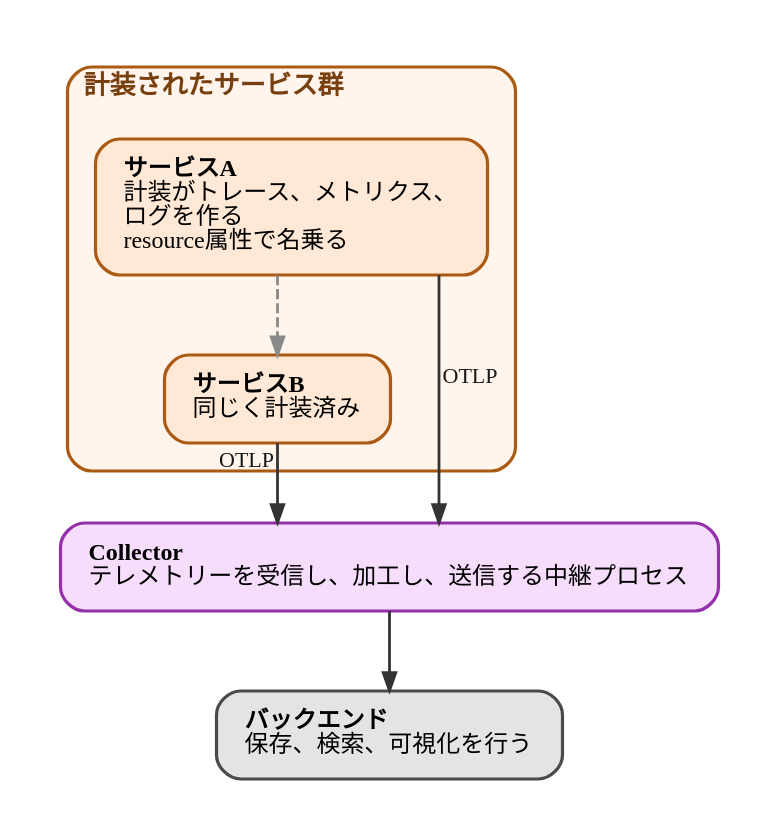
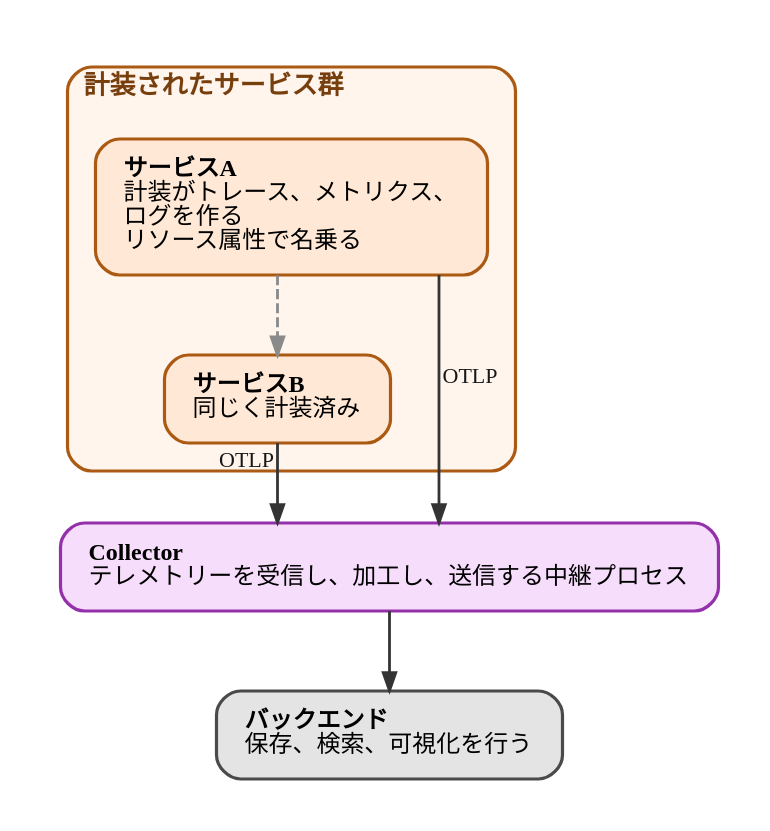
Before and after one commit to ymotongpoo/zenn.dev: the diagram in diagrams/observability-platform-with-otel/20260926-minimal-otel.dot, drawn with Graphviz. The commit also changed 27 other files, not shown here.

```diff
--- a/diagrams/observability-platform-with-otel/20260926-minimal-otel.dot
+++ b/diagrams/observability-platform-with-otel/20260926-minimal-otel.dot
@@ -1,39 +1,39 @@
 // OpenTelemetryの最小構成
 digraph minimal_otel {
   graph [
     fontname="IBM Plex Sans JP", fontsize=13,
     rankdir=TB, compound=true, splines=ortho,
     nodesep=0.5, ranksep=0.55, pad=0.25,
     bgcolor="white", newrank=true
   ];
   node [
     fontname="IBM Plex Sans JP", fontsize=12,
     shape=box, style="rounded,filled",
     fillcolor="#E4E4E4", color="#4A4A4A", penwidth=1.6,
     margin="0.2,0.14"
   ];
   edge [
     fontname="IBM Plex Sans JP", fontsize=11,
     color="#343434", penwidth=1.4, arrowsize=0.9,
     fontcolor="#171717"
   ];
 
   subgraph cluster_apps {
     label=<<b>計装されたサービス群</b>>;
     labeljust="l"; style="rounded"; penwidth=1.6;
     color="#AB5A13"; bgcolor="#FFF5ED"; fontcolor="#783F0E"; margin=14;
-    svcA [label=<<b>サービスA</b><br align="left"/>計装がトレース、メトリクス、<br align="left"/>ログを作る<br align="left"/>resource属性で名乗る<br align="left"/>>, fillcolor="#FFE9D6", color="#AB5A13"];
+    svcA [label=<<b>サービスA</b><br align="left"/>計装がトレース、メトリクス、<br align="left"/>ログを作る<br align="left"/>リソース属性で名乗る<br align="left"/>>, fillcolor="#FFE9D6", color="#AB5A13"];
     svcB [label=<<b>サービスB</b><br align="left"/>同じく計装済み<br align="left"/>>, fillcolor="#FFE9D6", color="#AB5A13"];
   }
 
   collector [label=<<b>Collector</b><br align="left"/>テレメトリーを受信し、加工し、送信する中継プロセス<br align="left"/>>, fillcolor="#F7DDFC", color="#9430A9"];
   backend [label=<<b>バックエンド</b><br align="left"/>保存、検索、可視化を行う<br align="left"/>>];
 
   // svcA から Collector へ下りる線は svcB の右脇を通る。ラベルは
   // nudge_xlabel_from_edge.py が線から離す方向へ押し出すが、その際
   // クラスタの枠を越えないよう制限がかかる。
   svcA -> svcB [style=dashed, color="#8A8A8A", fontcolor="#4A4A4A"];
   svcA:se -> collector [xlabel=" OTLP"];
   svcB -> collector [xlabel=" OTLP"];
   collector -> backend;
 }
```
